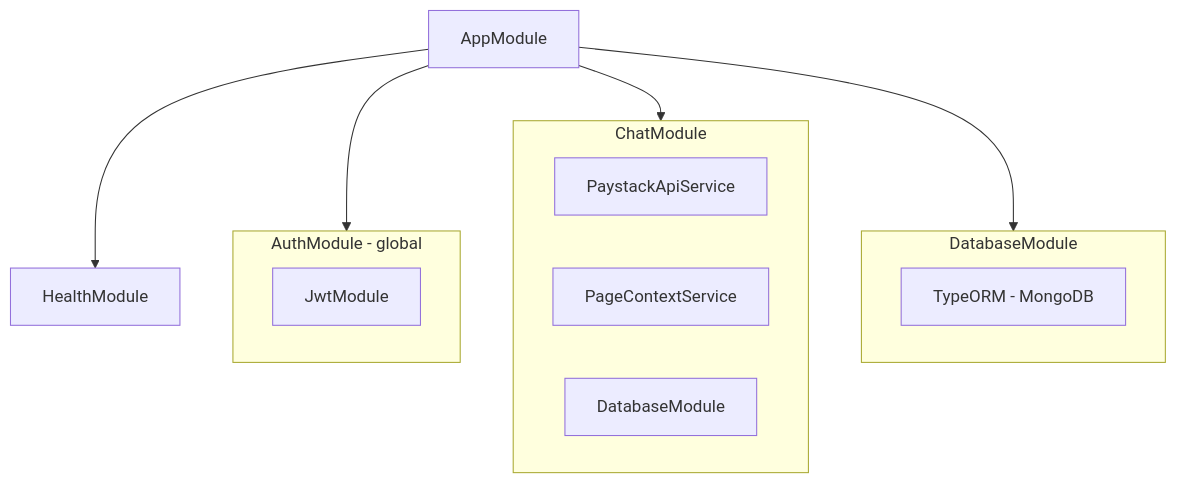
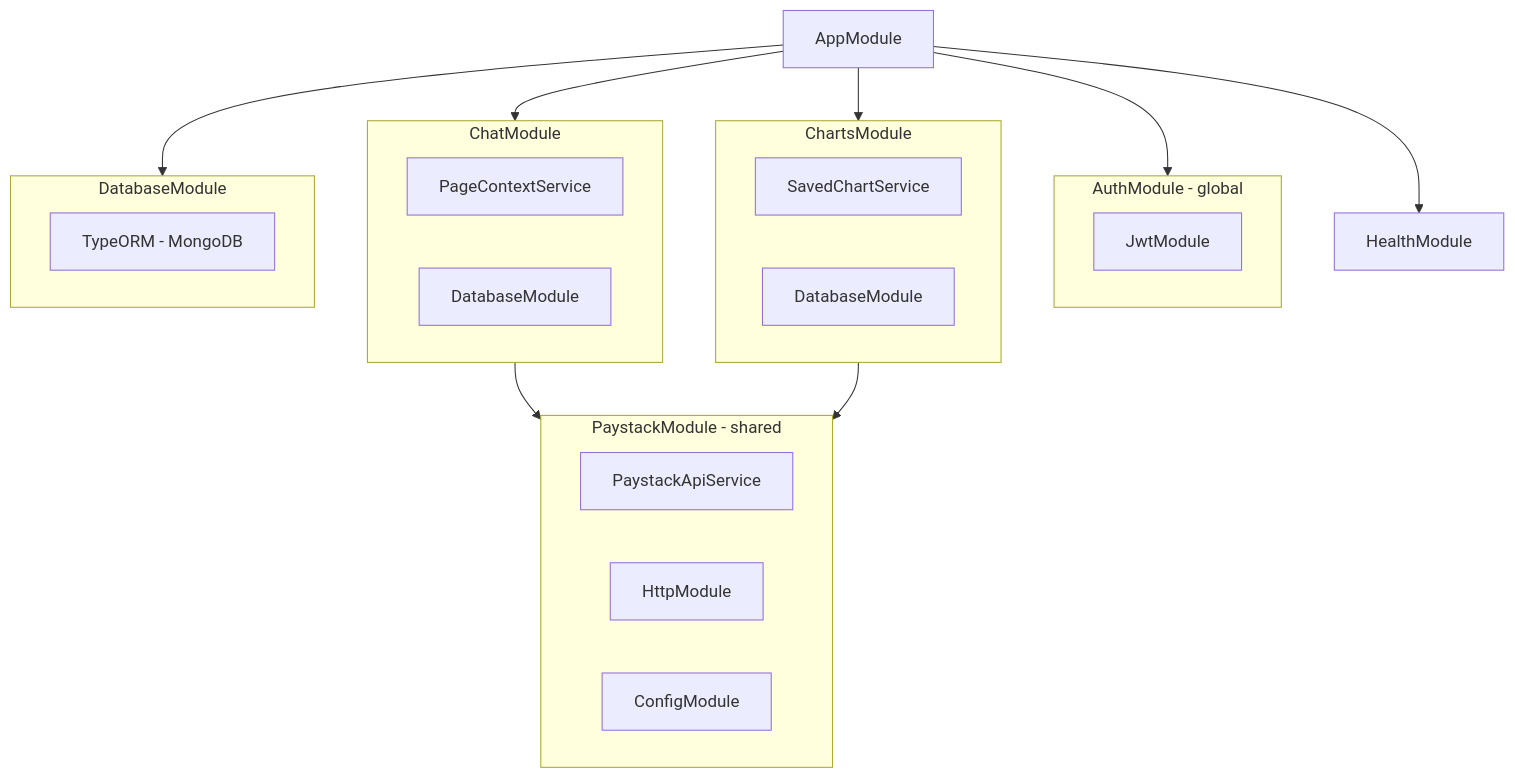
One commit to alex-paystack/command-centre-api changed the second of 2 diagrams in docs/architecture.md. Above: the diagram before and after it, drawn with Mermaid. The commit also changed other lines of this file and 26 other files, not shown here.

Commit message:
feat: implement chart persistence

````diff
--- a/docs/architecture.md
+++ b/docs/architecture.md
@@ -151,21 +204,36 @@
 ```mermaid
 flowchart TD
     AppModule --> AuthModule
     AppModule --> ChatModule
+    AppModule --> ChartsModule
     AppModule --> HealthModule
     AppModule --> DatabaseModule
 
     subgraph AuthModule[AuthModule - global]
         JwtModule[JwtModule]
     end
 
     subgraph ChatModule[ChatModule]
-        PaystackApiService[PaystackApiService]
         PageContextService[PageContextService]
         ChatDB[DatabaseModule]
+    end
+
+    ChatModule --> PaystackModule
+
+    subgraph ChartsModule[ChartsModule]
+        SavedChartService[SavedChartService]
+        ChartsDB[DatabaseModule]
+    end
+
+    ChartsModule --> PaystackModule
+
+    subgraph PaystackModule[PaystackModule - shared]
+        PaystackApiService[PaystackApiService]
+        HttpModule[HttpModule]
+        ConfigModule[ConfigModule]
     end
 
     subgraph DatabaseModule[DatabaseModule]
         TypeORM[TypeORM - MongoDB]
     end
 ```
````
